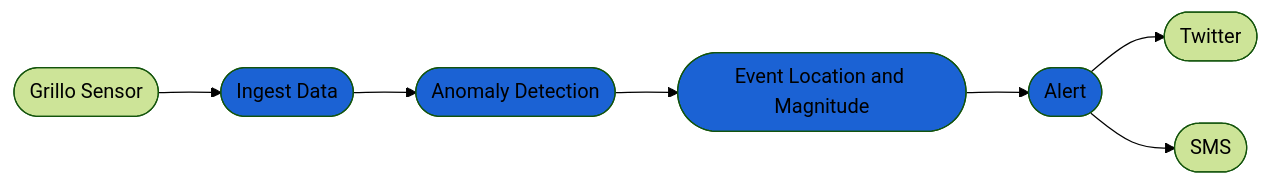
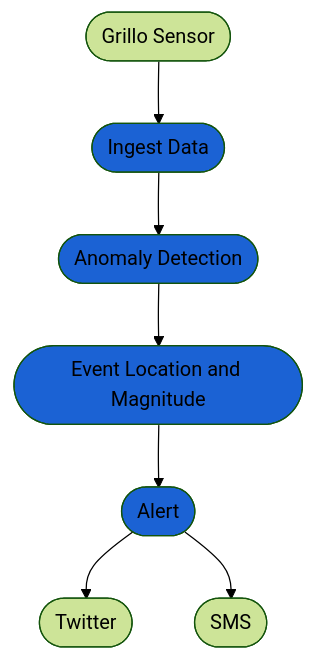
The diagram in docs/how-to/regional_eew.md (grillo/grillo-docs), drawn with Mermaid (forest theme) before and after one commit. The commit also changed 1 other file, not shown here.

Commit message:
git actions

````diff
--- a/docs/how-to/regional_eew.md
+++ b/docs/how-to/regional_eew.md
@@ -13,8 +13,8 @@
 ```mermaid
-flowchart LR
+flowchart TB
    A([Grillo Sensor]) --> C([Ingest Data]) --> D([Anomaly Detection]) --> E([Event Location and Magnitude]) --> F([Alert]) --> G([Twitter]) & H([SMS])
    style C fill:#1b62d4
    style D fill:#1b62d4
    style E fill:#1b62d4
    style F fill:#1b62d4
 ```
````
